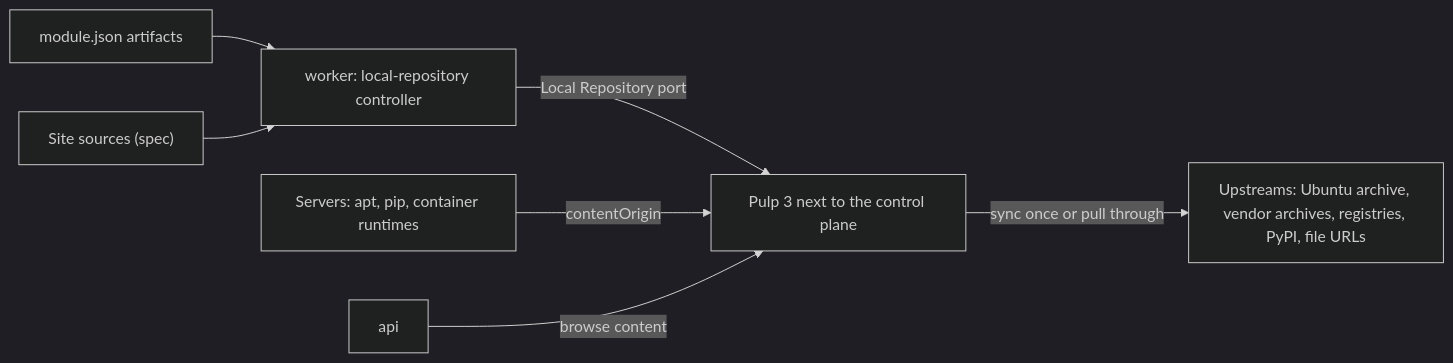
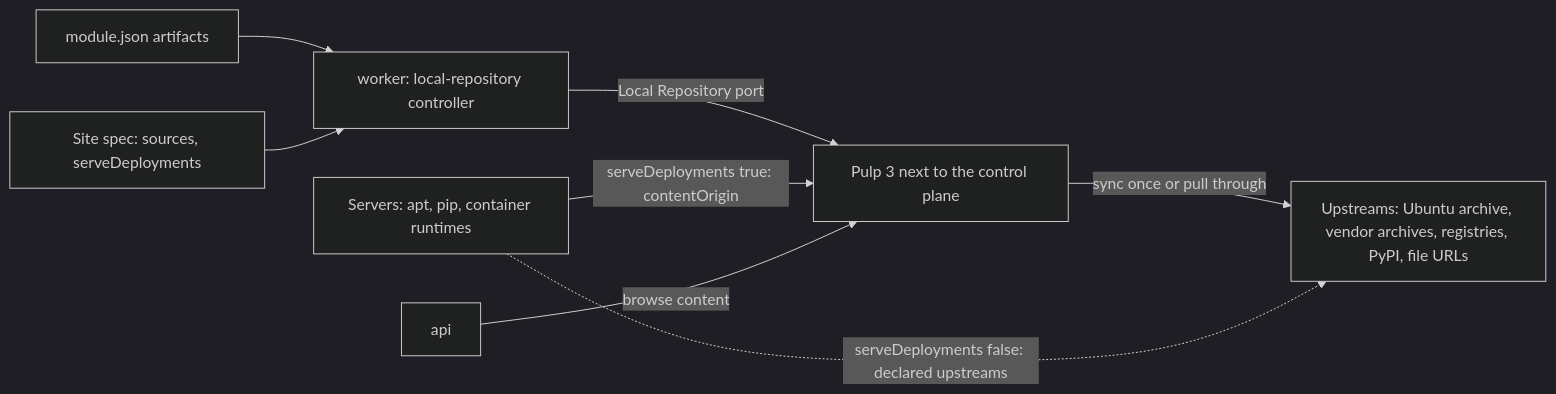
The diagram in docs/development/local-repository.md (maple52046/swallow), drawn with Mermaid (dark theme) before and after one commit. The commit also changed other lines of this file and 167 other files, not shown here.

First line of the commit message:
feat!: let each Site choose whether its deployments use the Local Repository

````diff
--- a/docs/development/local-repository.md
+++ b/docs/development/local-repository.md
@@ -36,9 +40,10 @@
 ```mermaid
 flowchart LR
   decl["module.json artifacts"] --> ctrl
-  spec["Site sources (spec)"] --> ctrl
+  spec["Site spec: sources, serveDeployments"] --> ctrl
   ctrl["worker: local-repository controller"] -->|"Local Repository port"| pulp["Pulp 3 next to the control plane"]
   pulp -->|"sync once or pull through"| up["Upstreams: Ubuntu archive, vendor archives, registries, PyPI, file URLs"]
-  hosts["Servers: apt, pip, container runtimes"] -->|"contentOrigin"| pulp
+  hosts["Servers: apt, pip, container runtimes"] -->|"serveDeployments true: contentOrigin"| pulp
+  hosts -.->|"serveDeployments false: declared upstreams"| up
   api["api"] -->|"browse content"| pulp
 ```
````
